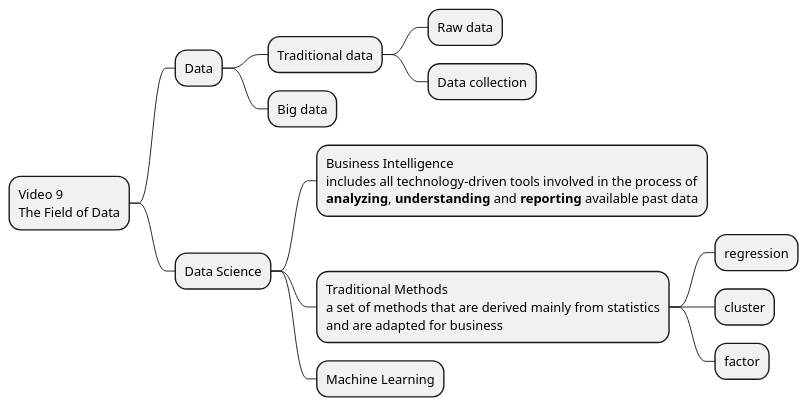
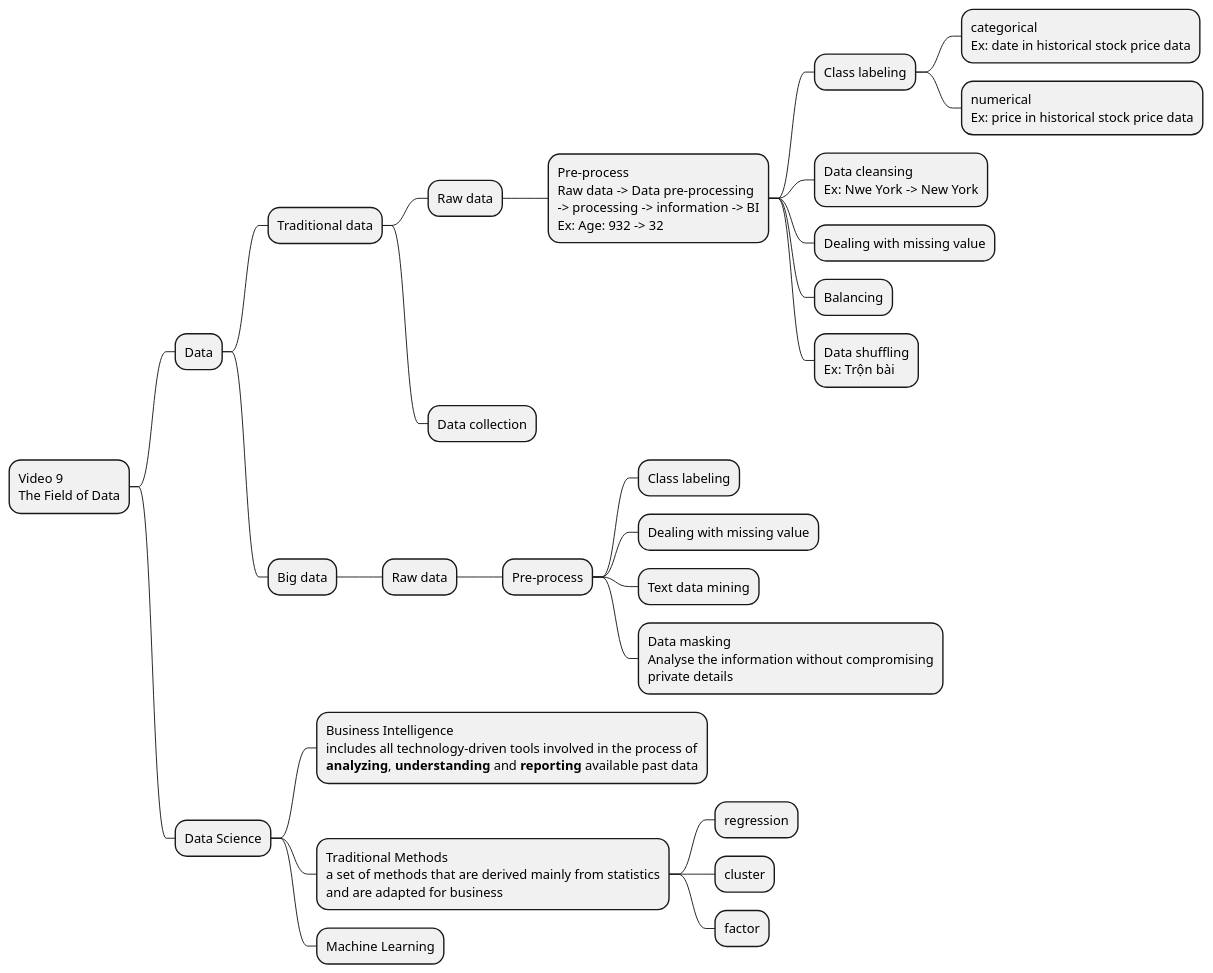
One commit to sylocftu/github-drive changed the diagram in 11_Techniques for Working with Traditional Data.pu. Above: the diagram before and after it, drawn with PlantUML.

Commit message:
take note on lession 11

```diff
--- a/11_Techniques for Working with Traditional Data.pu
+++ b/11_Techniques for Working with Traditional Data.pu
@@ -1,22 +1,45 @@
 @startmindmap
 *:Video 9
 The Field of Data;
 ** Data
 *** Traditional data
 **** Raw data
+*****:Pre-process
+Raw data -> Data pre-processing
+-> processing -> information -> BI
+Ex: Age: 932 -> 32;
+****** Class labeling
+*******:categorical
+Ex: date in historical stock price data;
+*******:numerical
+Ex: price in historical stock price data;
+******:Data cleansing
+Ex: Nwe York -> New York;
+****** Dealing with missing value
+****** Balancing
+******:Data shuffling
+Ex: Trộn bài;
 **** Data collection
 *** Big data
+**** Raw data
+***** Pre-process
+****** Class labeling
+****** Dealing with missing value
+****** Text data mining
+******:Data masking
+Analyse the information without compromising
+private details;
 ** Data Science
 ***:Business Intelligence
 includes all technology-driven tools involved in the process of
 **analyzing**, **understanding** and **reporting** available past data;
 ***:Traditional Methods
 a set of methods that are derived mainly from statistics
 and are adapted for business;
 **** regression
 **** cluster
 **** factor
 *** Machine Learning
 
 
 @endmindmap
```
